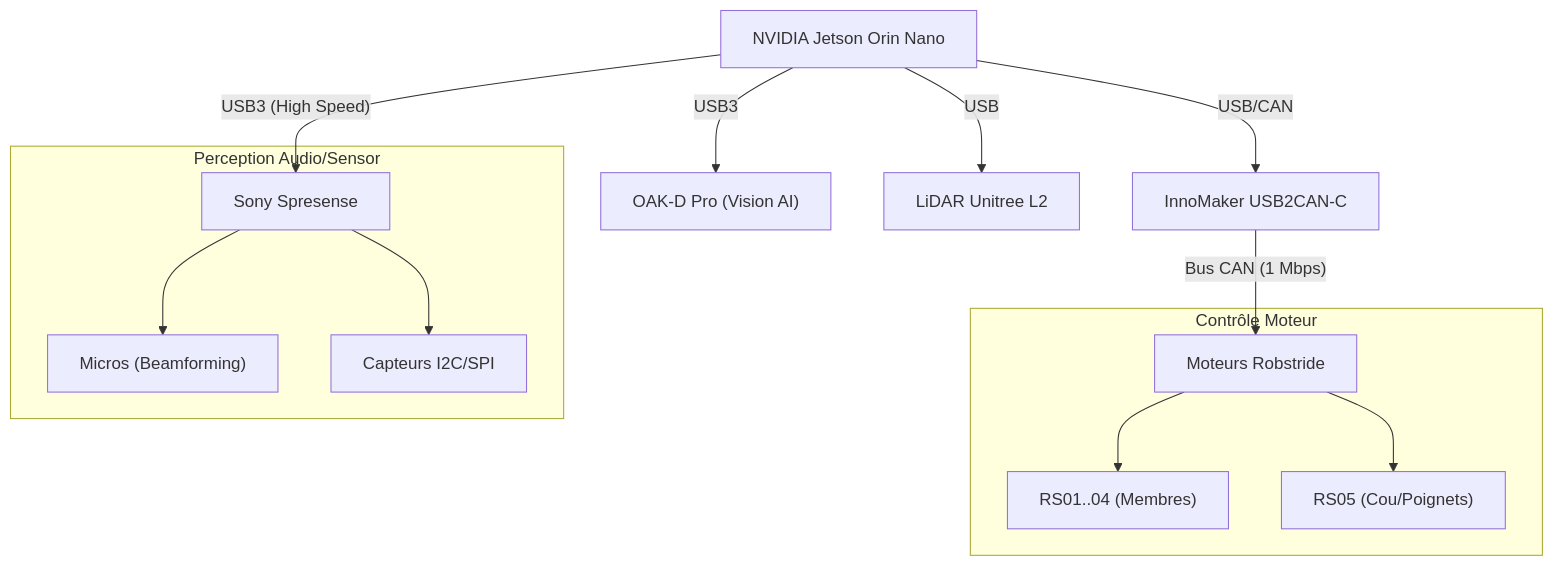
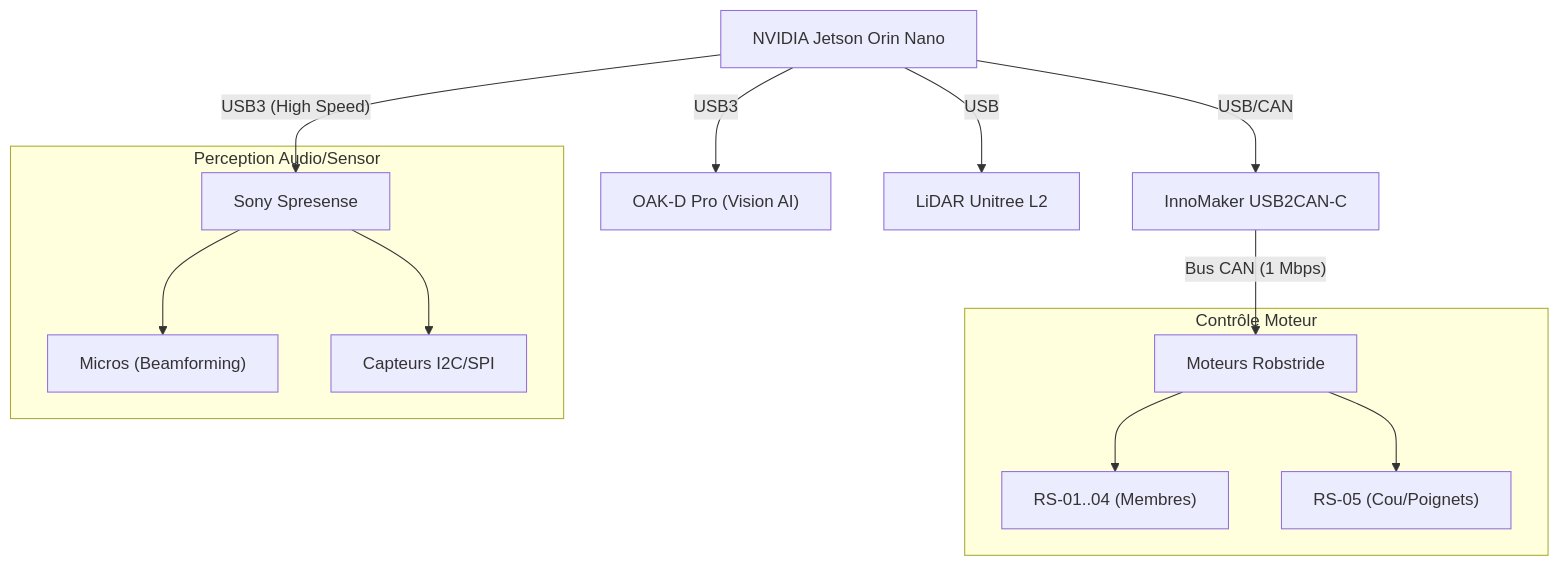
Before and after one commit to d-sergent/dbot-documentation: the diagram in 01_Synthese_Projet.md, drawn with Mermaid. The commit also changed other lines of this file and 10 other files, not shown here.

````diff
--- a/01_Synthese_Projet.md
+++ b/01_Synthese_Projet.md
@@ -33,18 +33,18 @@
 ```mermaid
 graph TD
     A[NVIDIA Jetson Orin Nano] -- "USB3 (High Speed)" --> B[Sony Spresense]
     A -- USB/CAN --> C["InnoMaker USB2CAN-C"]
     C -- "Bus CAN (1 Mbps)" --> D[Moteurs Robstride]
     A -- USB3 --> E["OAK-D Pro (Vision AI)"]
     A -- USB --> F[LiDAR Unitree L2]
 
     subgraph "Contrôle Moteur"
-    D --> D1["RS01..04 (Membres)"]
-    D --> D2["RS05 (Cou/Poignets)"]
+    D --> D1["RS-01..04 (Membres)"]
+    D --> D2["RS-05 (Cou/Poignets)"]
     end
 
     subgraph "Perception Audio/Sensor"
     B --> B1["Micros (Beamforming)"]
     B --> B2[Capteurs I2C/SPI]
     end
 ```
````
